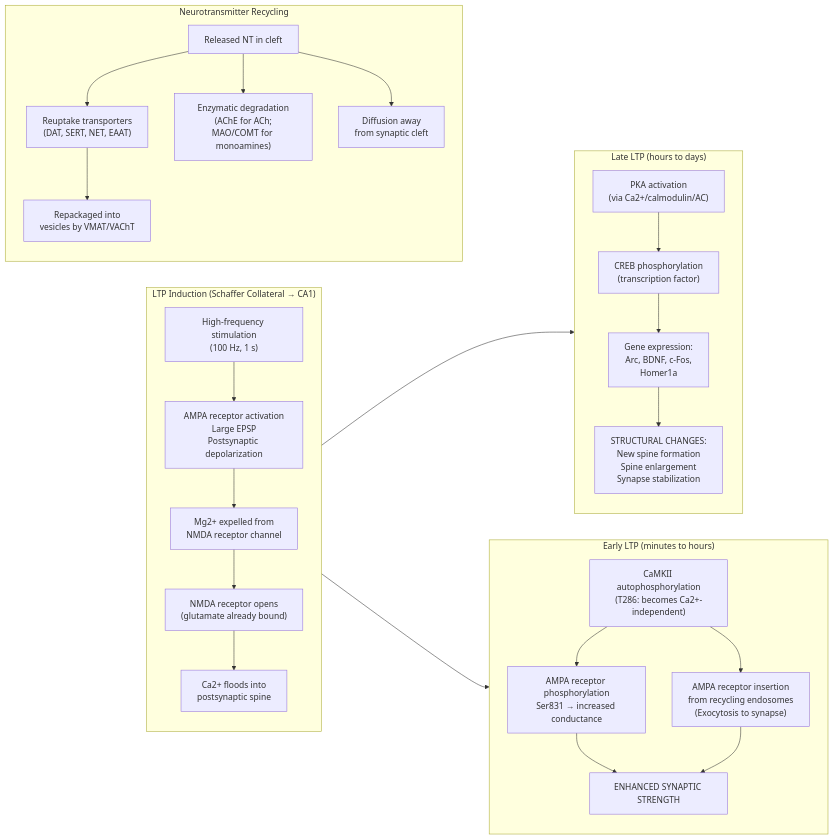
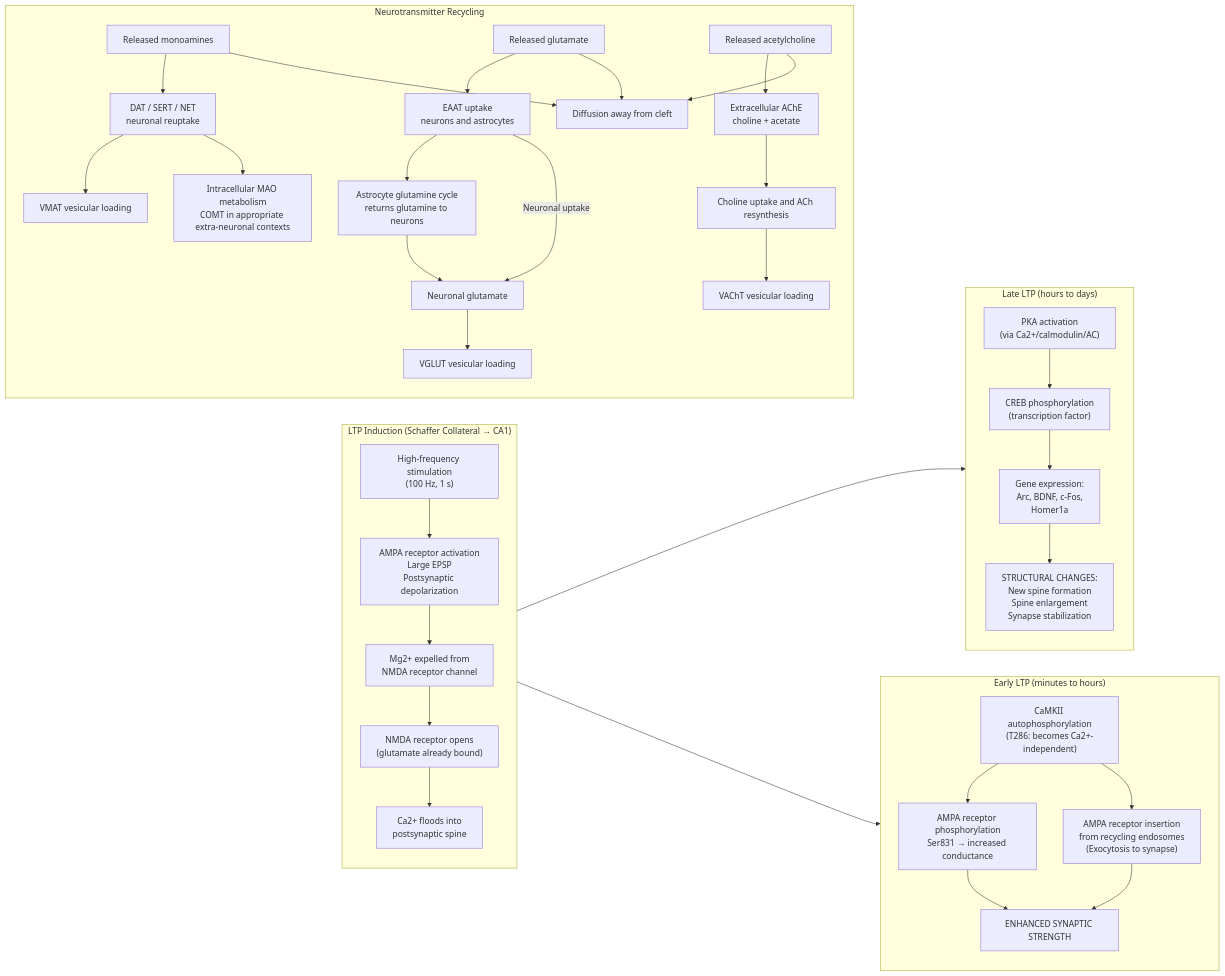
One commit to docxology/biology_textbook changed the fourth of 4 diagrams in docs/manuscript/unit_IX/action_potential_synapses.md. Above: the diagram before and after it, drawn with Mermaid. The commit also changed other lines of this file and 444 other files, not shown here.

````diff
--- a/docs/manuscript/unit_IX/action_potential_synapses.md
+++ b/docs/manuscript/unit_IX/action_potential_synapses.md
@@ -654,35 +620,45 @@
 ```mermaid
 flowchart LR
     subgraph Induction ["LTP Induction (Schaffer Collateral → CA1)"]
         direction TB
         HFS["High-frequency stimulation<br/>(100 Hz, 1 s)"] --> AMPA1["AMPA receptor activation<br/>Large EPSP<br/>Postsynaptic depolarization"]
         AMPA1 --> MgBlock["Mg2+ expelled from<br/>NMDA receptor channel"]
         MgBlock --> NMDA1["NMDA receptor opens<br/>(glutamate already bound)"]
         NMDA1 --> CaInflux["Ca2+ floods into<br/>postsynaptic spine"]
     end
 
     subgraph Early ["Early LTP (minutes to hours)"]
         direction TB
         CaInflux --> CaMKII["CaMKII autophosphorylation<br/>(T286: becomes Ca2+-independent)"]
         CaMKII --> AMPAphos["AMPA receptor phosphorylation<br/>Ser831 → increased conductance"]
         CaMKII --> AMPAinsert["AMPA receptor insertion<br/>from recycling endosomes<br/>(Exocytosis to synapse)"]
         AMPAphos --> Enhanced["ENHANCED SYNAPTIC STRENGTH"]
         AMPAinsert --> Enhanced
     end
 
     subgraph Late ["Late LTP (hours to days)"]
         direction TB
         CaInflux --> PKA["PKA activation<br/>(via Ca2+/calmodulin/AC)"]
         PKA --> CREB["CREB phosphorylation<br/>(transcription factor)"]
         CREB --> Genes["Gene expression:<br/>Arc, BDNF, c-Fos,<br/>Homer1a"]
         Genes --> Structural["STRUCTURAL CHANGES:<br/>New spine formation<br/>Spine enlargement<br/>Synapse stabilization"]
     end
 
     subgraph Recycling ["Neurotransmitter Recycling"]
         direction TB
-        NT["Released NT in cleft"] --> Reuptake["Reuptake transporters<br/>(DAT, SERT, NET, EAAT)"]
-        NT --> Enzyme["Enzymatic degradation<br/>(AChE for ACh;<br/>MAO/COMT for monoamines)"]
-        NT --> Diff["Diffusion away<br/>from synaptic cleft"]
-        Reuptake --> Repackage["Repackaged into<br/>vesicles by VMAT/VAChT"]
+        Mono["Released monoamines"] --> Reuptake["DAT / SERT / NET<br/>neuronal reuptake"]
+        Reuptake --> VMAT["VMAT vesicular loading"]
+        Reuptake --> Metab["Intracellular MAO metabolism<br/>COMT in appropriate extra-neuronal contexts"]
+        Glu["Released glutamate"] --> EAAT["EAAT uptake<br/>neurons and astrocytes"]
+        EAAT --> Cycle["Astrocyte glutamine cycle<br/>returns glutamine to neurons"]
+        Cycle --> NeurGlu["Neuronal glutamate"]
+        EAAT -->|"Neuronal uptake"| NeurGlu
+        NeurGlu --> VGLUT["VGLUT vesicular loading"]
+        ACh["Released acetylcholine"] --> AChE["Extracellular AChE<br/>choline + acetate"]
+        AChE --> Choline["Choline uptake and ACh resynthesis"]
+        Choline --> VAChT["VAChT vesicular loading"]
+        Mono --> Diff["Diffusion away from cleft"]
+        Glu --> Diff
+        ACh --> Diff
     end
 ```
````
